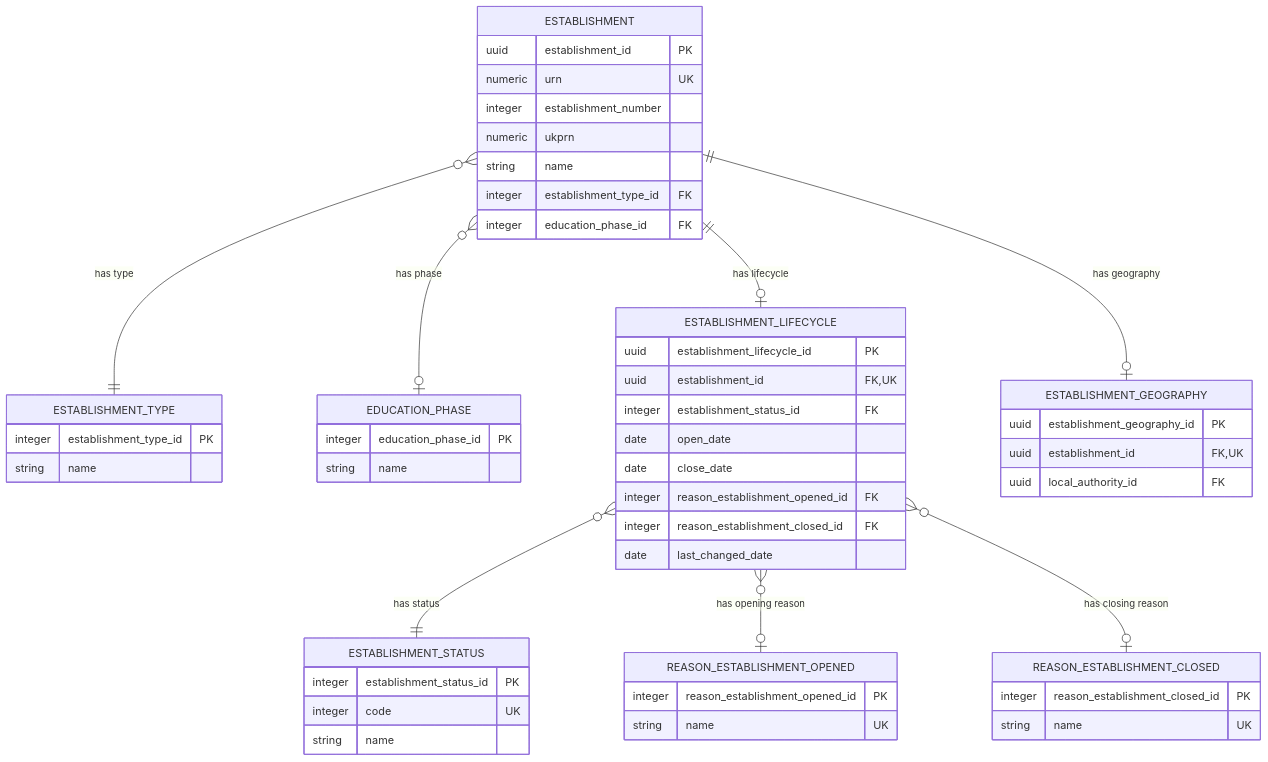
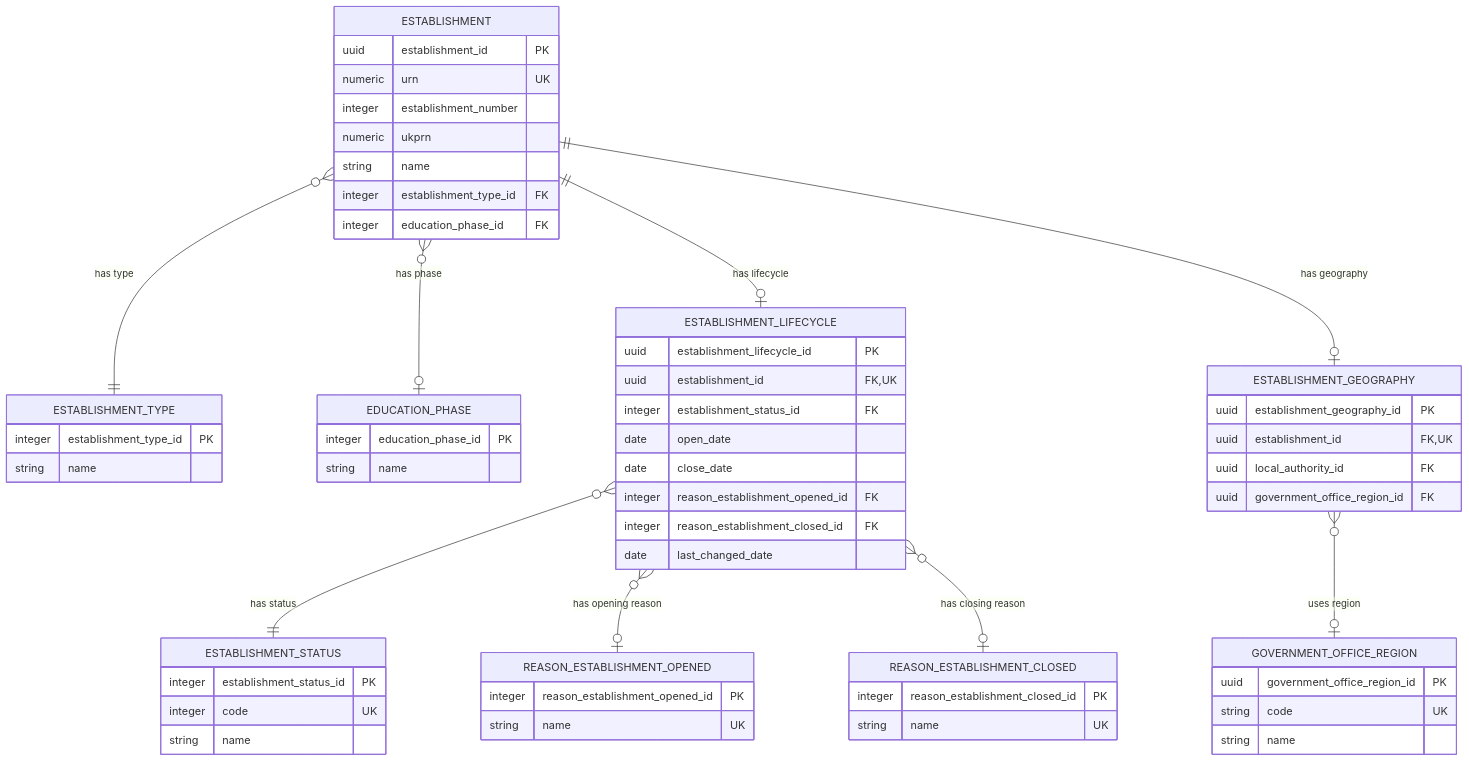
The diagram in models/logical/establishment/identity-and-classification.md (DFE-Digital/education-provider-registry-docs), drawn with Mermaid before and after one commit. The commit also changed 12 other files, not shown here.

````diff
--- a/models/logical/establishment/identity-and-classification.md
+++ b/models/logical/establishment/identity-and-classification.md
@@ -7,63 +7,71 @@
 ```mermaid
 erDiagram
     ESTABLISHMENT }o--|| ESTABLISHMENT_TYPE : "has type"
     ESTABLISHMENT }o--o| EDUCATION_PHASE : "has phase"
     ESTABLISHMENT ||--o| ESTABLISHMENT_LIFECYCLE : "has lifecycle"
     ESTABLISHMENT ||--o| ESTABLISHMENT_GEOGRAPHY : "has geography"
+    ESTABLISHMENT_GEOGRAPHY }o--o| GOVERNMENT_OFFICE_REGION : "uses region"
     ESTABLISHMENT_LIFECYCLE }o--|| ESTABLISHMENT_STATUS : "has status"
     ESTABLISHMENT_LIFECYCLE }o--o| REASON_ESTABLISHMENT_OPENED : "has opening reason"
     ESTABLISHMENT_LIFECYCLE }o--o| REASON_ESTABLISHMENT_CLOSED : "has closing reason"
 
     ESTABLISHMENT {
         uuid establishment_id PK
         numeric urn UK
         integer establishment_number
         numeric ukprn
         string name
         integer establishment_type_id FK
         integer education_phase_id FK
     }
 
     ESTABLISHMENT_GEOGRAPHY {
         uuid establishment_geography_id PK
         uuid establishment_id FK, UK
         uuid local_authority_id FK
+        uuid government_office_region_id FK
+    }
+
+    GOVERNMENT_OFFICE_REGION {
+        uuid government_office_region_id PK
+        string code UK
+        string name
     }
 
     ESTABLISHMENT_LIFECYCLE {
         uuid establishment_lifecycle_id PK
         uuid establishment_id FK, UK
         integer establishment_status_id FK
         date open_date
         date close_date
         integer reason_establishment_opened_id FK
         integer reason_establishment_closed_id FK
         date last_changed_date
     }
 
     ESTABLISHMENT_STATUS {
         integer establishment_status_id PK
         integer code UK
         string name
     }
 
     REASON_ESTABLISHMENT_OPENED {
         integer reason_establishment_opened_id PK
         string name UK
     }
 
     REASON_ESTABLISHMENT_CLOSED {
         integer reason_establishment_closed_id PK
         string name UK
     }
 
     ESTABLISHMENT_TYPE {
         integer establishment_type_id PK
         string name
     }
 
     EDUCATION_PHASE {
         integer education_phase_id PK
         string name
     }
 ```
````
